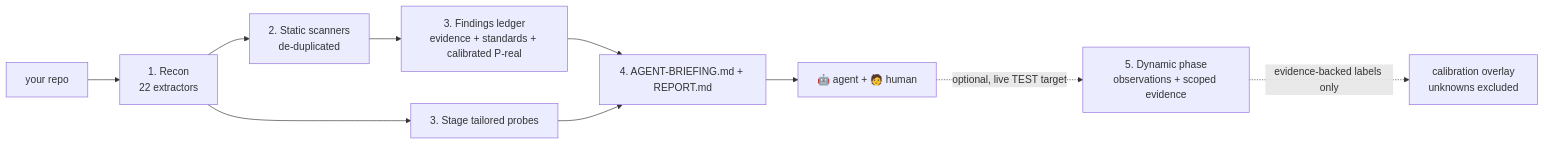
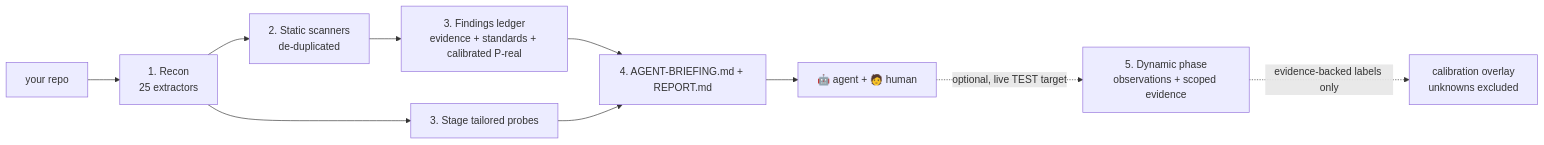
Before and after one commit to raccioly/websec-validator: the diagram in docs-canonical/ARCHITECTURE.md, drawn with Mermaid. The commit also changed other lines of this file and 4 other files, not shown here.

````diff
--- a/docs-canonical/ARCHITECTURE.md
+++ b/docs-canonical/ARCHITECTURE.md
@@ -167,12 +167,12 @@
 ```mermaid
 graph LR
-    R[your repo] --> A[1. Recon<br/>22 extractors]
+    R[your repo] --> A[1. Recon<br/>25 extractors]
     A --> B[2. Static scanners<br/>de-duplicated]
     B --> C[3. Findings ledger<br/>evidence + standards + calibrated P-real]
     A --> D[3. Stage tailored probes]
     C --> E[4. AGENT-BRIEFING.md + REPORT.md]
     D --> E
     E --> F[🤖 agent + 🧑 human]
     F -. optional, live TEST target .-> G[5. Dynamic phase<br/>observations + scoped evidence]
     G -. evidence-backed labels only .-> H[calibration overlay<br/>unknowns excluded]
 ```
````
